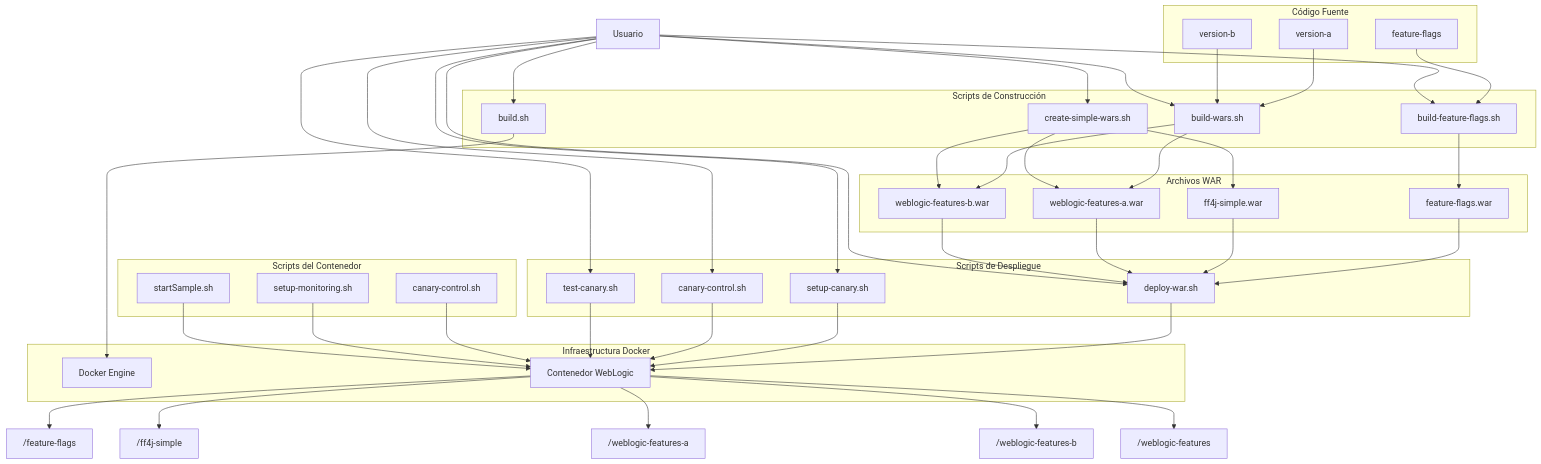
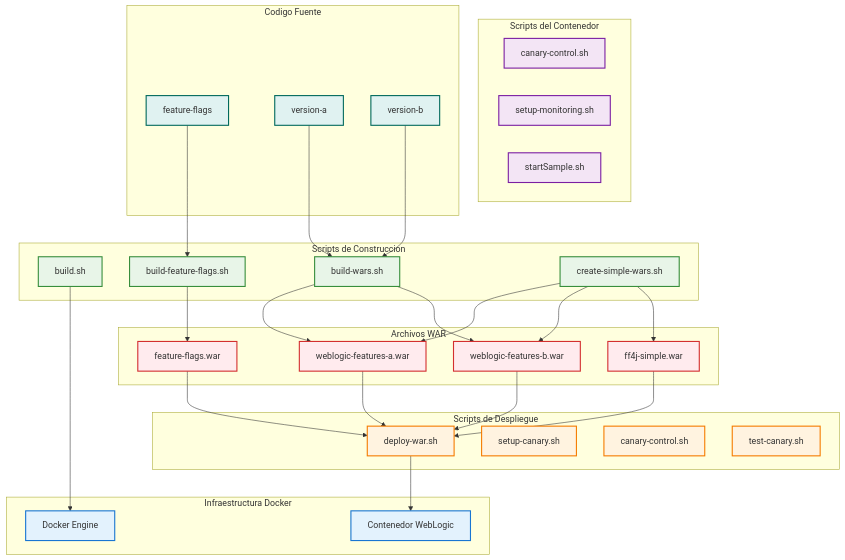
Before and after one commit to giovanemere/poc-icbs: the diagram in docs/arquitectura.md, drawn with Mermaid. The commit also changed 2 other files, not shown here.

Commit message:
add version 4.0.1 - version icbd update mkdocs

````diff
--- a/docs/arquitectura.md
+++ b/docs/arquitectura.md
@@ -7,7 +7,7 @@
         WebLogicContainer[Contenedor WebLogic]
     end
 
-    subgraph "Scripts de Construcción"
+    subgraph "Scripts de Construccion"
         BuildSh[build.sh]
         BuildWarsSh[build-wars.sh]
         BuildFeatureFlagsSh[build-feature-flags.sh]
@@ -34,13 +34,12 @@
         WebLogicFeaturesBWar[weblogic-features-b.war]
     end
 
-    subgraph "Código Fuente"
+    subgraph "Codigo Fuente"
         FeatureFlagsProject[feature-flags]
         VersionAProject[version-a]
         VersionBProject[version-b]
     end
 
-    %% Relaciones de construcción
     BuildSh --> Docker
     BuildWarsSh --> WebLogicFeaturesAWar
     BuildWarsSh --> WebLogicFeaturesBWar
@@ -49,42 +48,27 @@
     CreateSimpleWarsSh --> WebLogicFeaturesBWar
     CreateSimpleWarsSh --> FF4JSimpleWar
 
-    %% Relaciones de código fuente
     FeatureFlagsProject --> BuildFeatureFlagsSh
     VersionAProject --> BuildWarsSh
     VersionBProject --> BuildWarsSh
 
-    %% Relaciones de despliegue
     DeployWarSh --> WebLogicContainer
     FeatureFlagsWar --> DeployWarSh
     FF4JSimpleWar --> DeployWarSh
     WebLogicFeaturesAWar --> DeployWarSh
     WebLogicFeaturesBWar --> DeployWarSh
-
-    %% Relaciones de Canary
-    SetupCanarySh --> WebLogicContainer
-    CanaryControlSh --> WebLogicContainer
-    TestCanarySh --> WebLogicContainer
-
-    %% Relaciones de scripts del contenedor
-    ContainerCanaryControlSh --> WebLogicContainer
-    SetupMonitoringSh --> WebLogicContainer
-    StartSampleSh --> WebLogicContainer
-
-    %% Flujo de usuario
-    User[Usuario] --> DeployWarSh
-    User --> SetupCanarySh
-    User --> CanaryControlSh
-    User --> TestCanarySh
-    User --> BuildSh
-    User --> BuildWarsSh
-    User --> BuildFeatureFlagsSh
-    User --> CreateSimpleWarsSh
-
-    %% Acceso a aplicaciones
-    WebLogicContainer --> FeatureFlagsApp["/feature-flags"]
-    WebLogicContainer --> FF4JConsoleApp["/ff4j-simple"]
-    WebLogicContainer --> VersionAApp["/weblogic-features-a"]
-    WebLogicContainer --> VersionBApp["/weblogic-features-b"]
-    WebLogicContainer --> CanaryApp["/weblogic-features"]
+    
+    classDef docker fill:#e3f2fd,stroke:#1976d2,stroke-width:2px
+    classDef build fill:#e8f5e8,stroke:#388e3c,stroke-width:2px
+    classDef deploy fill:#fff3e0,stroke:#f57c00,stroke-width:2px
+    classDef container fill:#f3e5f5,stroke:#7b1fa2,stroke-width:2px
+    classDef war fill:#ffebee,stroke:#d32f2f,stroke-width:2px
+    classDef source fill:#e0f2f1,stroke:#00695c,stroke-width:2px
+    
+    class Docker,WebLogicContainer docker
+    class BuildSh,BuildWarsSh,BuildFeatureFlagsSh,CreateSimpleWarsSh build
+    class DeployWarSh,SetupCanarySh,CanaryControlSh,TestCanarySh deploy
+    class ContainerCanaryControlSh,SetupMonitoringSh,StartSampleSh container
+    class FeatureFlagsWar,FF4JSimpleWar,WebLogicFeaturesAWar,WebLogicFeaturesBWar war
+    class FeatureFlagsProject,VersionAProject,VersionBProject source
 ```
````
